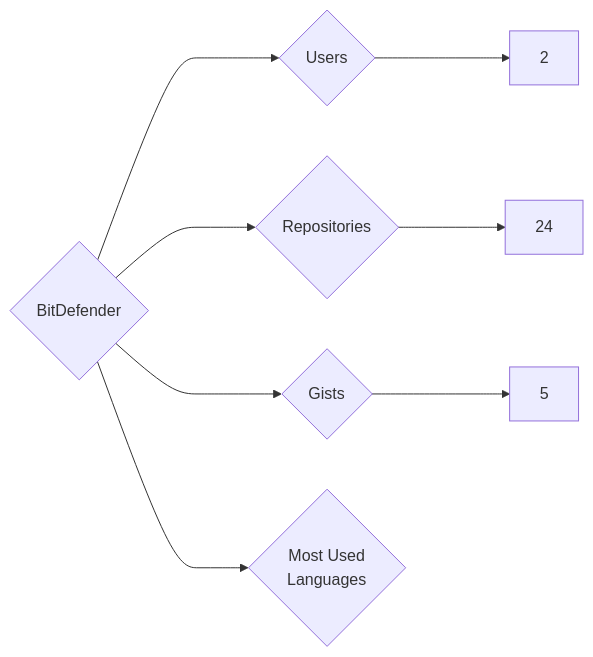
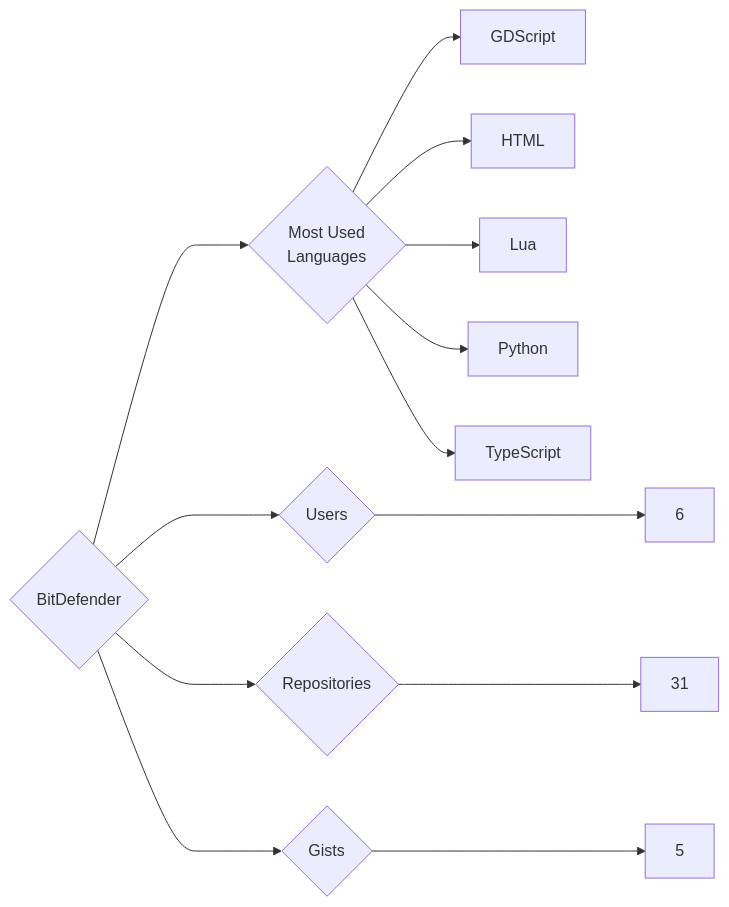
Before and after one commit to trickest/insiders: the diagram in targets/BitDefender/README.md, drawn with Mermaid. The commit also changed 611 other files, not shown here.

````diff
--- a/targets/BitDefender/README.md
+++ b/targets/BitDefender/README.md
@@ -3,8 +3,13 @@
 ```mermaid
 graph LR
 COMPANY_NAME{BitDefender}
-COMPANY_NAME ---> U{Users} ---> UN[2]
-COMPANY_NAME ---> R{Repositories} ---> RN[24]
+COMPANY_NAME ---> U{Users} ---> UN[6]
+COMPANY_NAME ---> R{Repositories} ---> RN[31]
 COMPANY_NAME ---> G{Gists} ---> GN[5]
 COMPANY_NAME ---> ML{Most Used<br>Languages}
+ML --> GDScript[GDScript]
+ML --> HTML[HTML]
+ML --> Lua[Lua]
+ML --> Python[Python]
+ML --> TypeScript[TypeScript]
 ```
````
